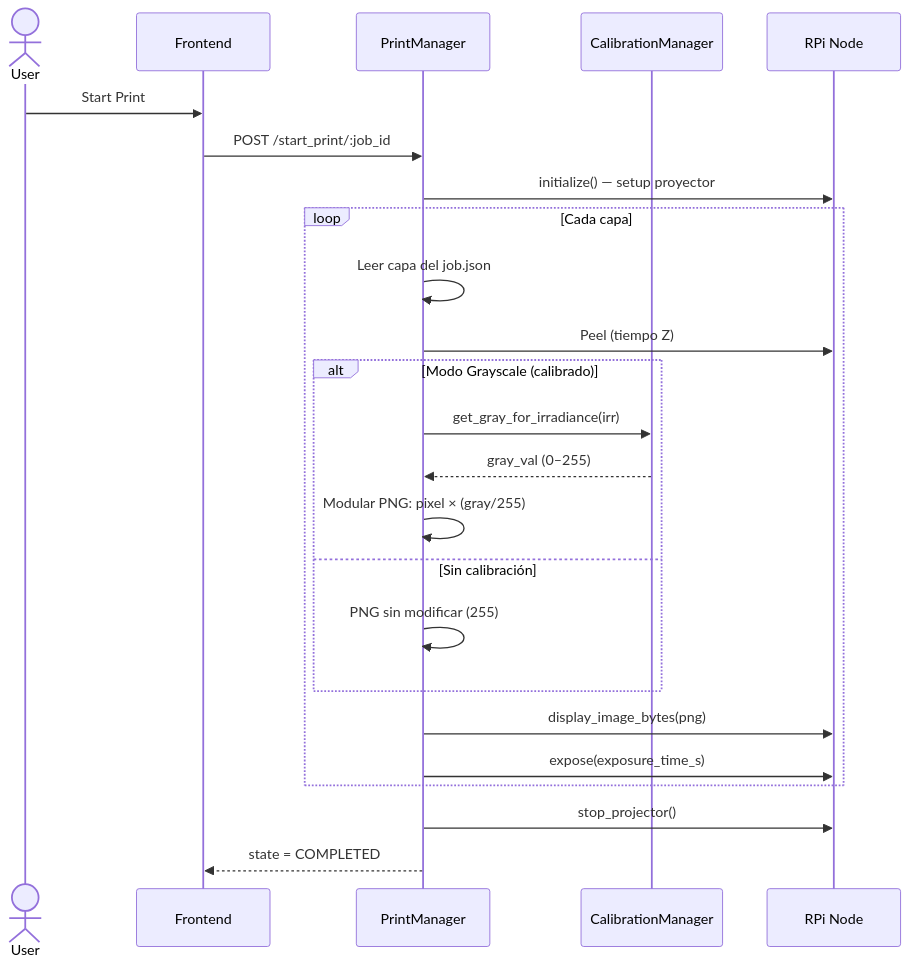
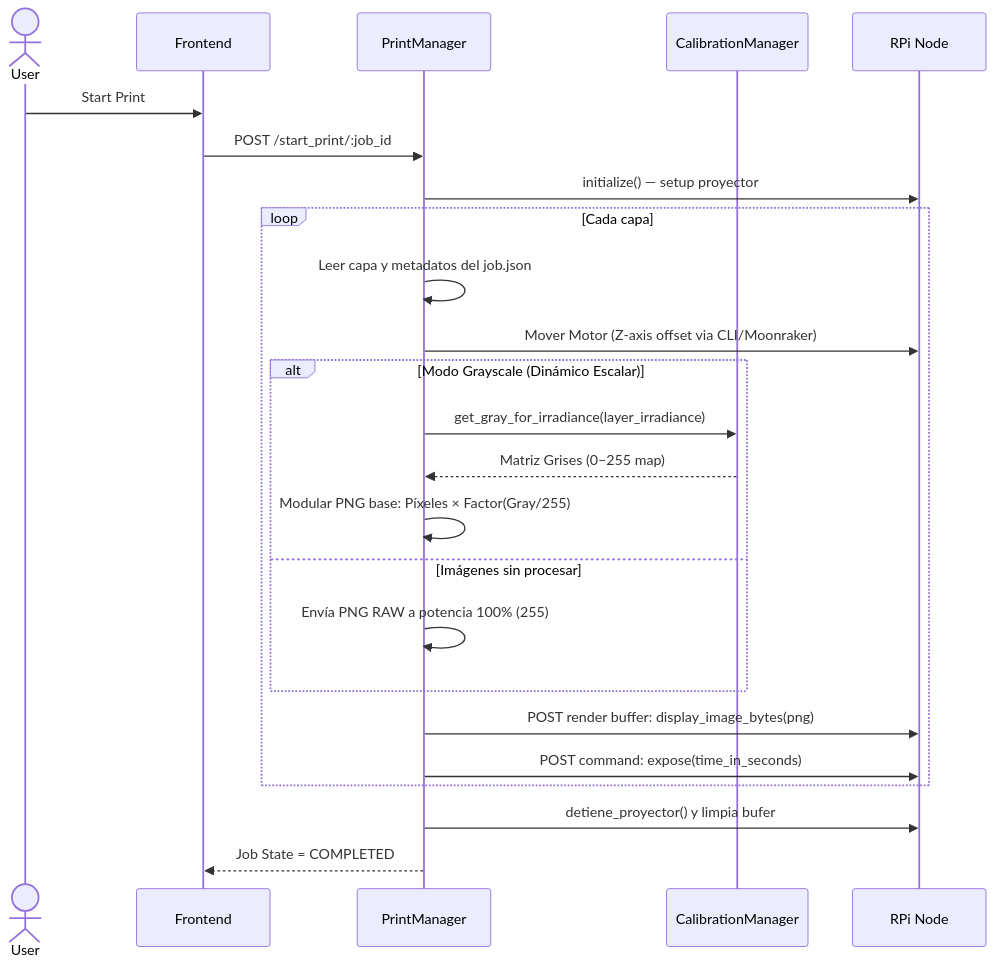
Before and after one commit to pedrorocca22/F3D-studio: the second of 3 diagrams in README.md, drawn with Mermaid. The commit also changed other lines of this file and 1 other file, not shown here.

Commit message:
docs: Overhaul README with updated project overview, features, and UI sections, and introduce an IDEAS_ROADMAP.

````diff
--- a/README.md
+++ b/README.md
@@ -83,31 +67,31 @@
 ```mermaid
 sequenceDiagram
     actor User
     participant FE as Frontend
     participant PM as PrintManager
     participant CAL as CalibrationManager
     participant RPI as RPi Node
 
     User->>FE: Start Print
     FE->>PM: POST /start_print/:job_id
     PM->>RPI: initialize() — setup proyector
     
     loop Cada capa
-        PM->>PM: Leer capa del job.json
-        PM->>RPI: Peel (tiempo Z)
+        PM->>PM: Leer capa y metadatos del job.json
+        PM->>RPI: Mover Motor (Z-axis offset via CLI/Moonraker)
         
-        alt Modo Grayscale (calibrado)
-            PM->>CAL: get_gray_for_irradiance(irr)
-            CAL-->>PM: gray_val (0–255)
-            PM->>PM: Modular PNG: pixel × (gray/255)
-        else Sin calibración
-            PM->>PM: PNG sin modificar (255)
+        alt Modo Grayscale (Dinámico Escalar)
+            PM->>CAL: get_gray_for_irradiance(layer_irradiance)
+            CAL-->>PM: Matriz Grises (0–255 map)
+            PM->>PM: Modular PNG base: Píxeles × Factor(Gray/255)
+        else Imágenes sin procesar
+            PM->>PM: Envía PNG RAW a potencia 100% (255)
         end
         
-        PM->>RPI: display_image_bytes(png)
-        PM->>RPI: expose(exposure_time_s)
+        PM->>RPI: POST render buffer: display_image_bytes(png)
+        PM->>RPI: POST command: expose(time_in_seconds)
     end
 
-    PM->>RPI: stop_projector()
-    PM-->>FE: state = COMPLETED
+    PM->>RPI: detiene_proyector() y limpia bufer
+    PM-->>FE: Job State = COMPLETED
 ```
````
